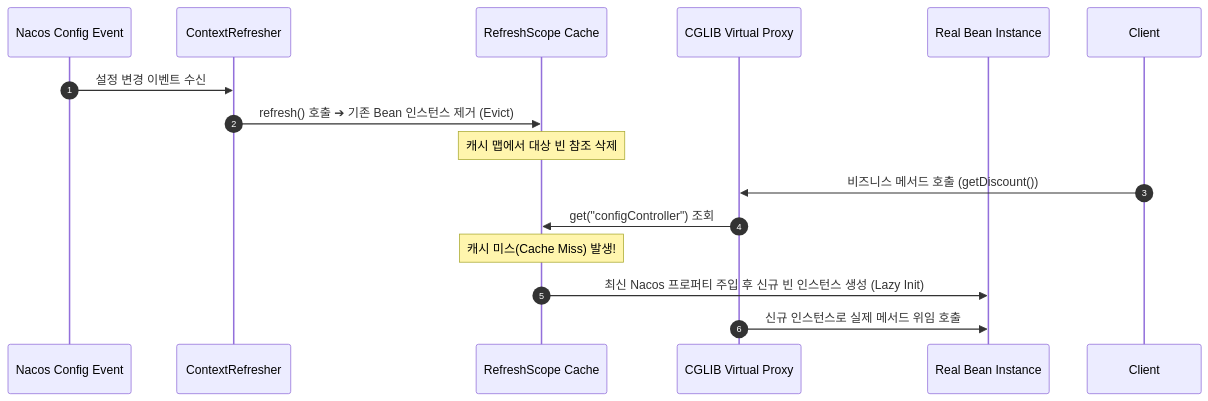
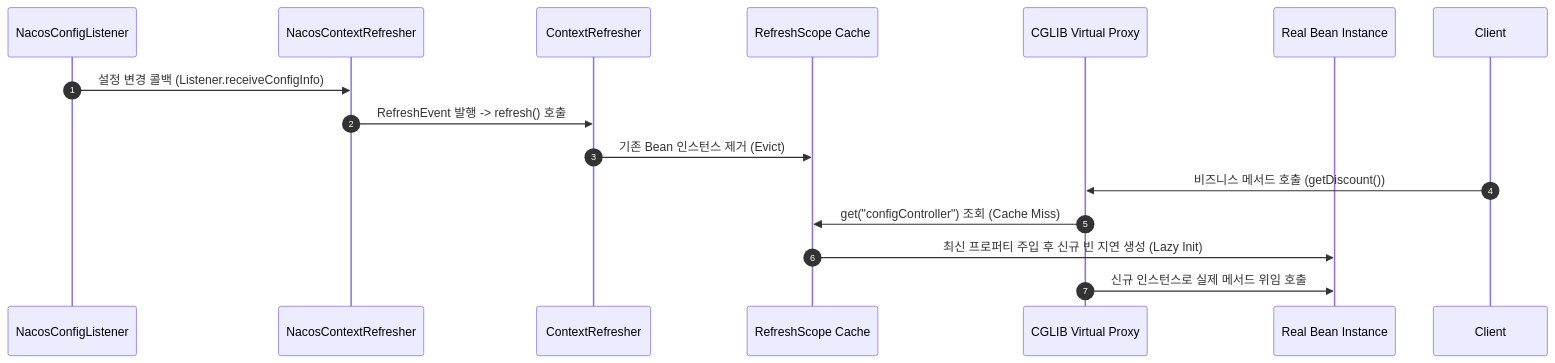
One commit to studylida/studylida.github.io changed the sixth of 7 diagrams in src/content/posts/nacos-architecture-and-internals.md. Above: the diagram before and after it, drawn with Mermaid. The commit also changed other lines of this file and 4 other files, not shown here.

````diff
--- a/src/content/posts/nacos-architecture-and-internals.md
+++ b/src/content/posts/nacos-architecture-and-internals.md
@@ -205,19 +206,18 @@
 ```mermaid
 sequenceDiagram
     autonumber
-    participant Event as Nacos Config Event
+    participant Event as NacosConfigListener
+    participant NCR as NacosContextRefresher
     participant CR as ContextRefresher
     participant Scope as RefreshScope Cache
     participant Proxy as CGLIB Virtual Proxy
     participant Target as Real Bean Instance
 
-    Event->>CR: 설정 변경 이벤트 수신
-    CR->>Scope: refresh() 호출 ➔ 기존 Bean 인스턴스 제거 (Evict)
-    Note over Scope: 캐시 맵에서 대상 빈 참조 삭제
-
+    Event->>NCR: 설정 변경 콜백 (Listener.receiveConfigInfo)
+    NCR->>CR: RefreshEvent 발행 -> refresh() 호출
+    CR->>Scope: 기존 Bean 인스턴스 제거 (Evict)
     Client->>Proxy: 비즈니스 메서드 호출 (getDiscount())
-    Proxy->>Scope: get("configController") 조회
-    Note over Scope: 캐시 미스(Cache Miss) 발생!
-    Scope->>Target: 최신 Nacos 프로퍼티 주입 후 신규 빈 인스턴스 생성 (Lazy Init)
+    Proxy->>Scope: get("configController") 조회 (Cache Miss)
+    Scope->>Target: 최신 프로퍼티 주입 후 신규 빈 지연 생성 (Lazy Init)
     Proxy->>Target: 신규 인스턴스로 실제 메서드 위임 호출
 ```
````
